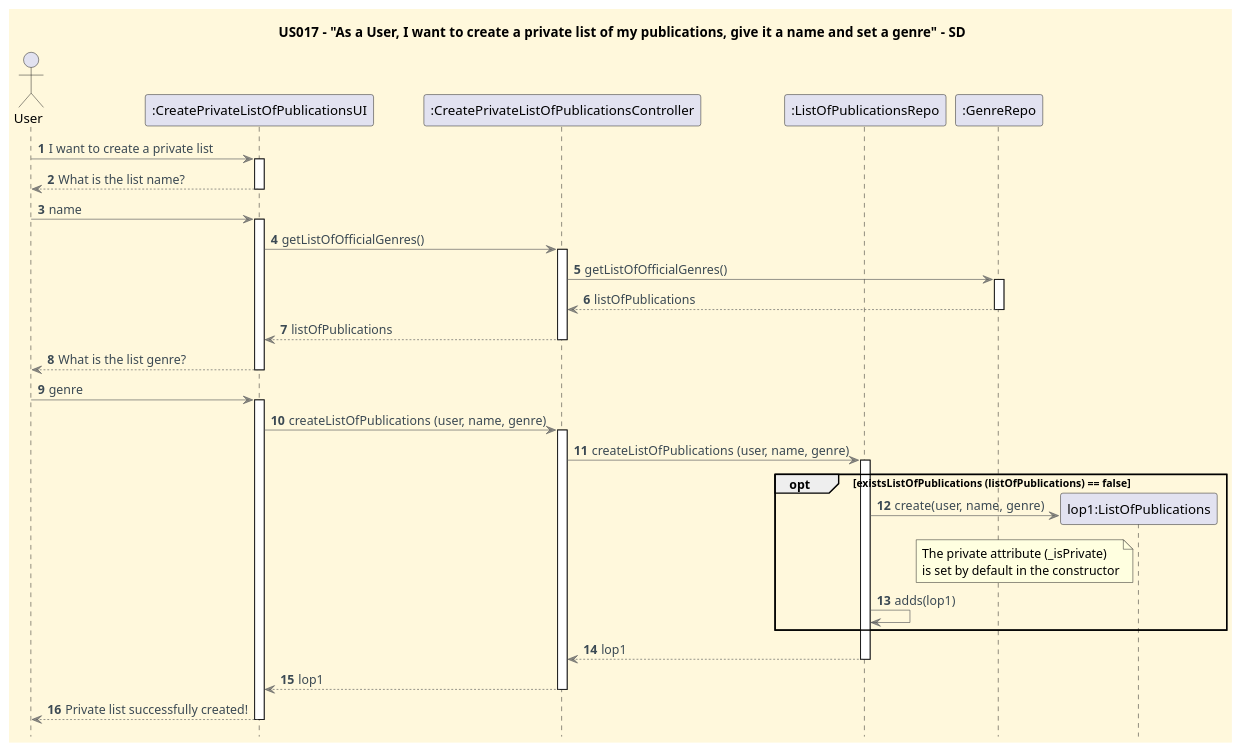
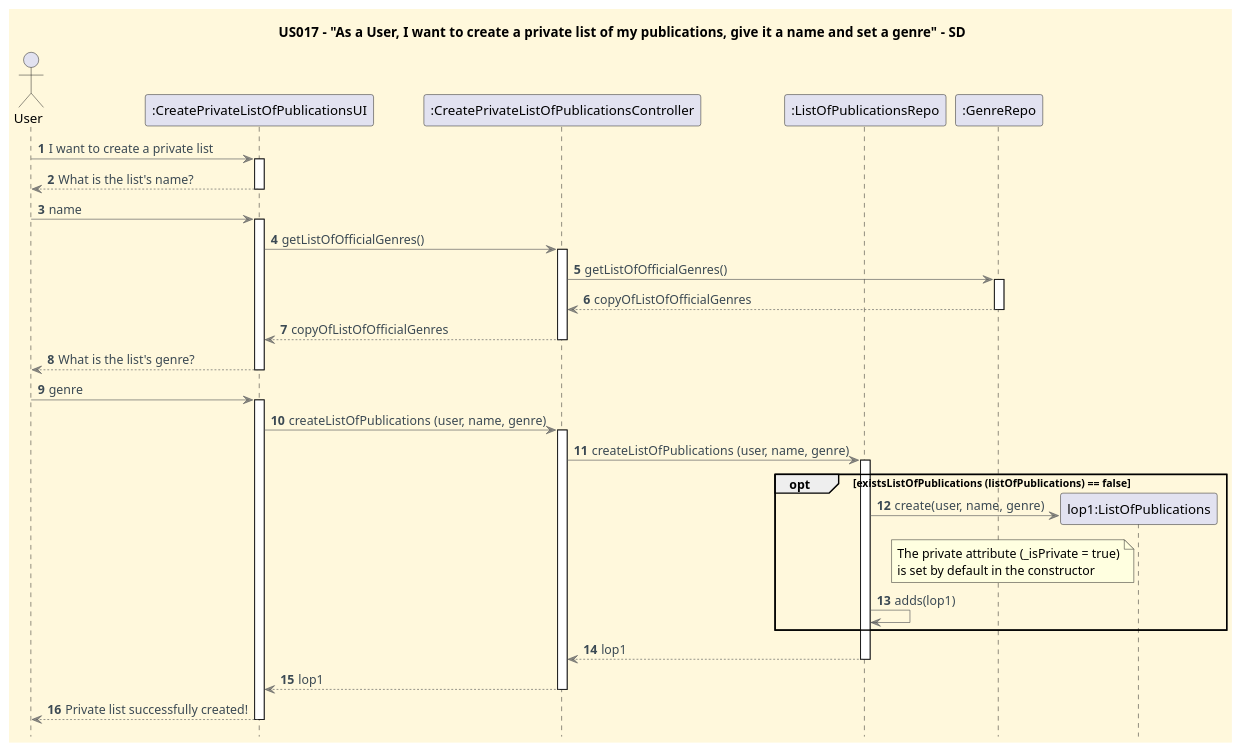
The diagram in docs/userStories/US017/US017_to_create_a_private_list_SD.puml (CarolinaLeite-collab/JavaMarketplacePlatform), drawn with PlantUML before and after one commit.

Commit message:
Refs #195: minor changes to SD for US017

```diff
--- a/docs/userStories/US017/US017_to_create_a_private_list_SD.puml
+++ b/docs/userStories/US017/US017_to_create_a_private_list_SD.puml
@@ -1,77 +1,77 @@
 @startuml
 '==== Title ====
 title US017 - "As a User, I want to create a private list of my publications, give it a name and set a genre" - SD
 
 '==== basic style ====
 skinparam monochrome false
 
 skinparam defaultFontName Futura
 skinparam objectFontSize 20
 skinparam backgroundColor CornSilk
 skinparam objectBackgroundColor WhiteSmoke
 skinparam noteBackgroundColor #FFFFE0
 skinparam ArrowFontColor #3B4953
 skinparam ArrowColor #57595BAA
 
 hidefootbox
 autonumber
 autoactivate off
 
 ' ==== Actor and participants ====
 actor "User"
 
 participant ":CreatePrivateListOfPublicationsUI" as UI
 participant ":CreatePrivateListOfPublicationsController" as CTL
 participant ":ListOfPublicationsRepo" as LOPR
 participant ":GenreRepo" as GR
 
 '==== UI interaction ====
 "User" -> UI: I want to create a private list
 activate UI
 
-"User" <-- UI: What is the list name?
+"User" <-- UI: What is the list's name?
 deactivate UI
 
 "User" -> UI: name
 activate UI
 UI -> CTL: getListOfOfficialGenres()
 activate CTL
 CTL -> GR: getListOfOfficialGenres()
 activate GR
-CTL <-- GR: listOfPublications
+CTL <-- GR: copyOfListOfOfficialGenres
 deactivate GR
-UI <-- CTL: listOfPublications
+UI <-- CTL: copyOfListOfOfficialGenres
 deactivate CTL
 
-"User" <-- UI: What is the list genre?
+"User" <-- UI: What is the list's genre?
 deactivate UI
 "User" -> UI: genre
 activate UI
 
 '==== Use case execution ====
 UI -> CTL: createListOfPublications (user, name, genre)
 activate CTL
 CTL -> LOPR: createListOfPublications (user, name, genre)
 activate LOPR
 
     opt existsListOfPublications (listOfPublications) == false
 
         create "lop1:ListOfPublications" as lop1
         LOPR -> lop1: create(user, name, genre)
         note left of lop1
-                  The private attribute (_isPrivate)
+                  The private attribute (_isPrivate = true)
                   is set by default in the constructor
               end note
         LOPR -> LOPR: adds(lop1)
     end
 
 
 
 CTL <-- LOPR: lop1
 deactivate LOPR
 UI <-- CTL: lop1
 deactivate CTL
 
 "User" <-- UI: Private list successfully created!
 deactivate UI
 @enduml
```
